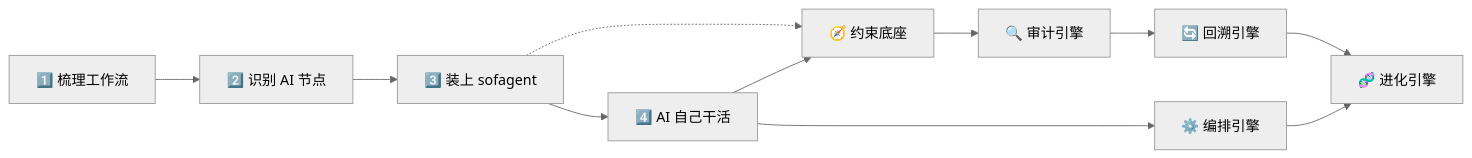
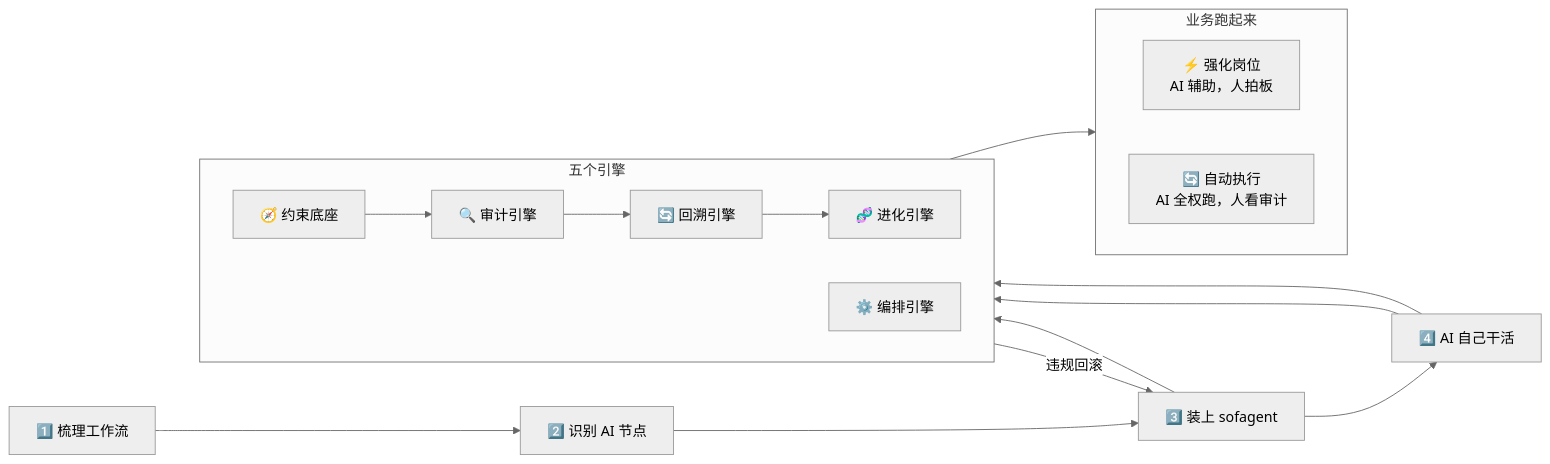
The first of 5 diagrams in README.md (KongFangXun/sofagent), drawn with Mermaid (neutral theme) before and after one commit. The commit also changed 1 other file, not shown here.

Commit message:
docs: FDE Mermaid恢复回路和业务节点 — 强化岗位+自动执行+违规回滚

````diff
--- a/README.md
+++ b/README.md
@@ -100,14 +100,27 @@
 ```mermaid
 graph LR
     A["1️⃣ 梳理工作流"] --> B["2️⃣ 识别 AI 节点"]
     B --> C["3️⃣ 装上 sofagent"]
     C --> D["4️⃣ AI 自己干活"]
 
-    C -.-> E["🧭 约束底座"]
-    D --> E
-    E --> F["🔍 审计引擎"]
-    F --> G["🔄 回溯引擎"]
-    D --> H["⚙️ 编排引擎"]
-    G --> I["🧬 进化引擎"]
-    H --> I
+    subgraph engines["五个引擎"]
+        direction LR
+        E["🧭 约束底座"]
+        F["🔍 审计引擎"]
+        G["🔄 回溯引擎"]
+        H["⚙️ 编排引擎"]
+        I["🧬 进化引擎"]
+    end
+
+    subgraph output["业务跑起来"]
+        direction LR
+        J["⚡ 强化岗位<br/>AI 辅助，人拍板"]
+        K["🔄 自动执行<br/>AI 全权跑，人看审计"]
+    end
+
+    C --> E
+    D --> F --> G --> I
+    D --> H --> J
+    E --> F
+    G -->|违规回滚| C
 ```
````
